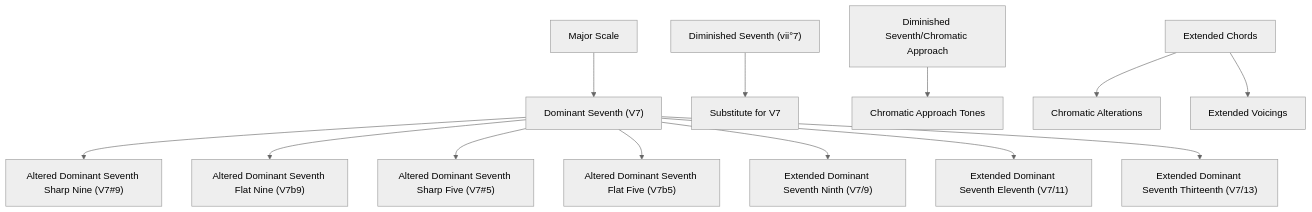
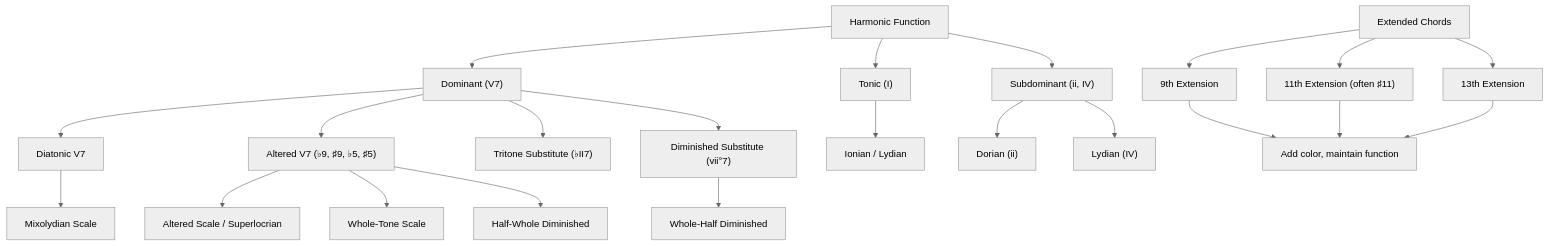
One commit to blebleblee/synapse changed the first of 2 diagrams in topics/arts/composition/jazz_harmony/lesson_04_advanced_harmonic_concepts.md. Above: the diagram before and after it, drawn with Mermaid (neutral theme). The commit also changed other lines of this file and 4 other files, not shown here.

````diff
--- a/topics/arts/composition/jazz_harmony/lesson_04_advanced_harmonic_concepts.md
+++ b/topics/arts/composition/jazz_harmony/lesson_04_advanced_harmonic_concepts.md
@@ -23,15 +69,30 @@
 ```mermaid
 graph TD
-    A["Major Scale"] --> B["Dominant Seventh (V7)"]
-    B --> C["Altered Dominant Seventh Sharp Nine (V7#9)"]
-    B --> D["Altered Dominant Seventh Flat Nine (V7b9)"]
-    B --> E["Altered Dominant Seventh Sharp Five (V7#5)"]
-    B --> F["Altered Dominant Seventh Flat Five (V7b5)"]
-    B --> G["Extended Dominant Seventh Ninth (V7/9)"]
-    B --> H["Extended Dominant Seventh Eleventh (V7/11)"]
-    B --> I["Extended Dominant Seventh Thirteenth (V7/13)"]
-    J["Diminished Seventh (vii°7)"] --> K["Substitute for V7"]
-    L["Diminished Seventh/Chromatic Approach"] --> M["Chromatic Approach Tones"]
-    N["Extended Chords"] --> O["Chromatic Alterations"]
-    N --> P["Extended Voicings"]
+    A["Harmonic Function"] --> B["Tonic (I)"]
+    A --> C["Subdominant (ii, IV)"]
+    A --> D["Dominant (V7)"]
+    
+    D --> E["Diatonic V7"]
+    D --> F["Altered V7 (♭9, ♯9, ♭5, ♯5)"]
+    D --> G["Tritone Substitute (♭II7)"]
+    D --> H["Diminished Substitute (vii°7)"]
+    
+    E --> I["Mixolydian Scale"]
+    F --> J["Altered Scale / Superlocrian"]
+    F --> K["Whole-Tone Scale"]
+    F --> L["Half-Whole Diminished"]
+    
+    H --> M["Whole-Half Diminished"]
+    
+    B --> N["Ionian / Lydian"]
+    C --> O["Dorian (ii)"]
+    C --> P["Lydian (IV)"]
+    
+    Q["Extended Chords"] --> R["9th Extension"]
+    Q --> S["11th Extension (often ♯11)"]
+    Q --> T["13th Extension"]
+    
+    R --> U["Add color, maintain function"]
+    S --> U
+    T --> U
 ```
````
